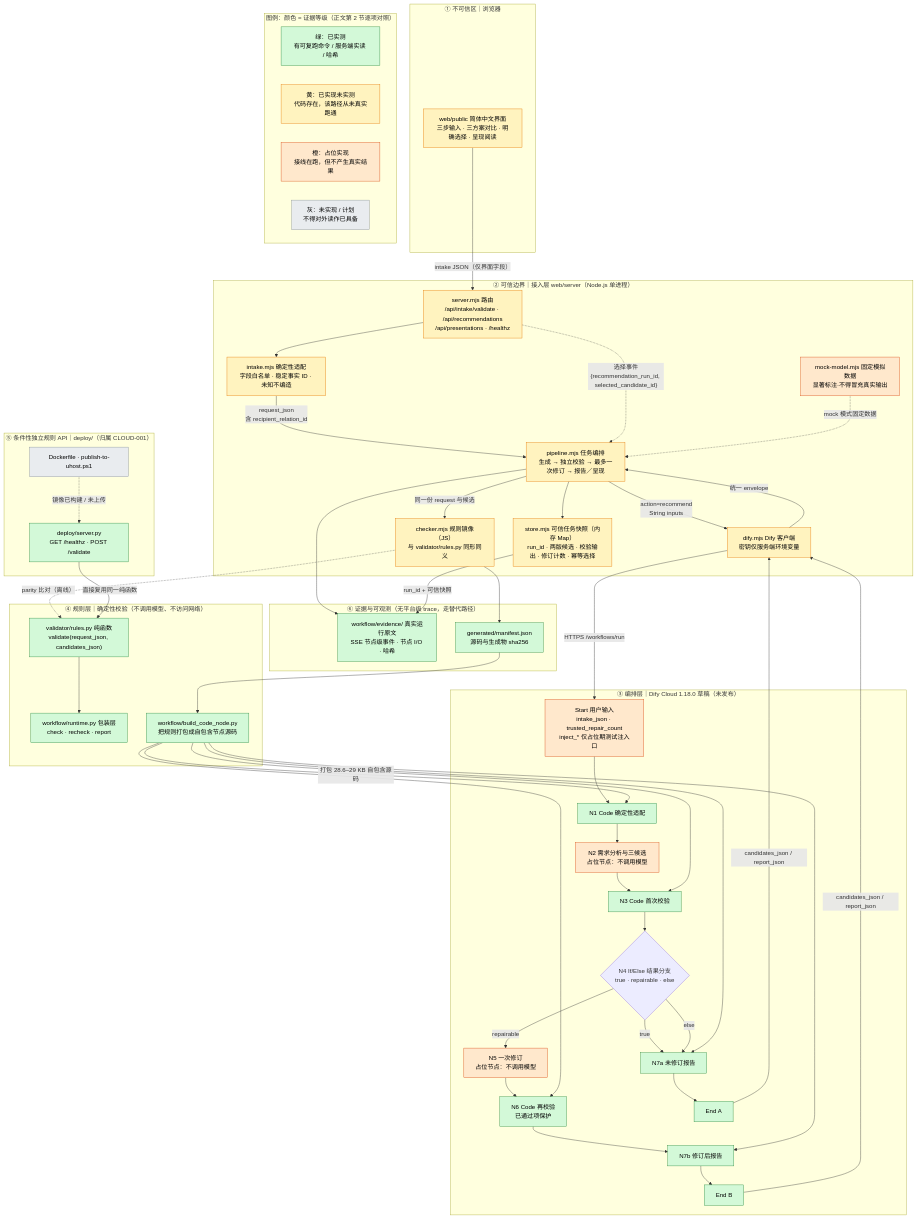
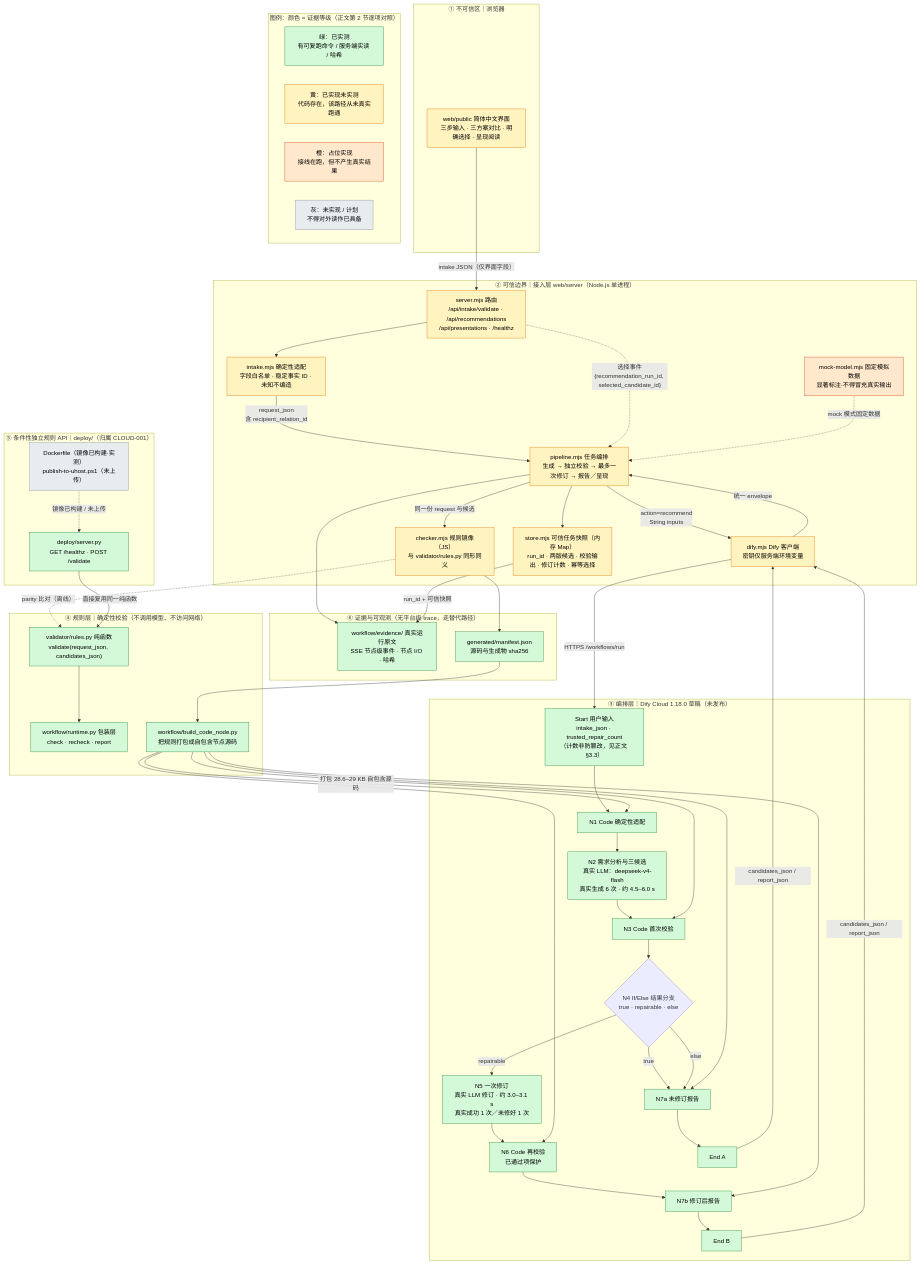
One commit to sunnyyang0822-stack/GiftWise-AI changed the diagram in docs/architecture/diagrams/system-architecture.mmd. Above: the diagram before and after it, drawn with Mermaid. The commit also changed 9 other files, not shown here.

```diff
--- a/docs/architecture/diagrams/system-architecture.mmd
+++ b/docs/architecture/diagrams/system-architecture.mmd
@@ -1,104 +1,106 @@
 %% GiftWise AI · 主系统架构图（ARCH-001，阶段 3）
 %% 图源文件：单一事实源。docs/architecture.md 内嵌同一份内容供 GitHub 直接渲染。
 %% 本地渲染：mmdc -i system-architecture.mmd -o ../rendered/system-architecture.svg
 %% 图例（颜色即证据等级，正文第 2 节有逐项对照）：
 %%   绿 = 已实测（有可复跑命令 / 服务端实读 / 哈希）
 %%   黄 = 已实现未实测（代码存在，该路径从未真实跑通）
 %%   橙 = 占位实现（接线在跑，但不产生真实结果）
 %%   灰 = 未实现 / 计划
+%%   2026-10-30 21:11–21:17：N2/N5 已替换为真实 DeepSeek 节点（6 次运行 / 10 次调用 / 34,127 tokens），由橙改绿；
+%%   MOCK 仍为橙（定义即"在跑但不产生真实结果"）；Dockerfile 已构建但 publish-to-uhost.ps1 未上传，按"取较弱"保持灰。
 %%   约定：节点同时含多个证据等级时，取【较弱】等级着色，并在标签/边标签内分别注明。
 flowchart TB
     subgraph Z1["① 不可信区｜浏览器"]
         UI["web/public 简体中文界面<br/>三步输入 · 三方案对比 · 明确选择 · 呈现阅读"]
     end
 
     subgraph Z2["② 可信边界｜接入层 web/server（Node.js 单进程）"]
         ROUTE["server.mjs 路由<br/>/api/intake/validate · /api/recommendations<br/>/api/presentations · /healthz"]
         ADAPTER["intake.mjs 确定性适配<br/>字段白名单 · 稳定事实 ID · 未知不编造"]
         PIPE["pipeline.mjs 任务编排<br/>生成 → 独立校验 → 最多一次修订 → 报告／呈现"]
         STORE["store.mjs 可信任务快照（内存 Map）<br/>run_id · 两版候选 · 校验输出 · 修订计数 · 幂等选择"]
         JCHK["checker.mjs 规则镜像（JS）<br/>与 validator/rules.py 同形同义"]
         DCLIENT["dify.mjs Dify 客户端<br/>密钥仅服务端环境变量"]
         MOCK["mock-model.mjs 固定模拟数据<br/>显著标注·不得冒充真实输出"]
     end
 
     subgraph Z3["③ 编排层｜Dify Cloud 1.18.0 草稿（未发布）"]
-        START["Start 用户输入<br/>intake_json · trusted_repair_count<br/>inject_* 仅占位期测试注入口"]
+        START["Start 用户输入<br/>intake_json · trusted_repair_count<br/>（计数非防篡改，见正文 §3.3）"]
         N1["N1 Code 确定性适配"]
-        N2["N2 需求分析与三候选<br/>占位节点：不调用模型"]
+        N2["N2 需求分析与三候选<br/>真实 LLM：deepseek-v4-flash<br/>真实生成 6 次 · 约 4.5–6.0 s"]
         N3["N3 Code 首次校验"]
         N4{"N4 If/Else 结果分支<br/>true · repairable · else"}
-        N5["N5 一次修订<br/>占位节点：不调用模型"]
+        N5["N5 一次修订<br/>真实 LLM 修订 · 约 3.0–3.1 s<br/>真实成功 1 次／未修好 1 次"]
         N6["N6 Code 再校验<br/>已通过项保护"]
         N7A["N7a 未修订报告"]
         N7B["N7b 修订后报告"]
         EA["End A"]
         EB["End B"]
     end
 
     subgraph Z4["④ 规则层｜确定性校验（不调用模型、不访问网络）"]
         RULES["validator/rules.py 纯函数<br/>validate(request_json, candidates_json)"]
         RUNTIME["workflow/runtime.py 包装层<br/>check · recheck · report"]
         BUILD["workflow/build_code_node.py<br/>把规则打包成自包含节点源码"]
     end
 
     subgraph Z5["⑤ 条件性独立规则 API｜deploy/（归属 CLOUD-001）"]
         SRV["deploy/server.py<br/>GET /healthz · POST /validate"]
-        DOCKER["Dockerfile · publish-to-uhost.ps1"]
+        DOCKER["Dockerfile（镜像已构建·实测）<br/>publish-to-uhost.ps1（未上传）"]
     end
 
     subgraph Z6["⑥ 证据与可观测（无平台级 trace，走替代路径）"]
         EVID["workflow/evidence/ 真实运行原文<br/>SSE 节点级事件 · 节点 I/O · 哈希"]
         HASH["generated/manifest.json<br/>源码与生成物 sha256"]
     end
 
     subgraph Z7["图例：颜色 = 证据等级（正文第 2 节逐项对照）"]
         L_MEASURED["绿：已实测<br/>有可复跑命令 / 服务端实读 / 哈希"]
         L_UNVERIFIED["黄：已实现未实测<br/>代码存在，该路径从未真实跑通"]
         L_PLACEHOLDER["橙：占位实现<br/>接线在跑，但不产生真实结果"]
         L_PLANNED["灰：未实现 / 计划<br/>不得对外读作已具备"]
     end
 
     UI -->|"intake JSON（仅界面字段）"| ROUTE
     ROUTE --> ADAPTER
     ADAPTER -->|"request_json<br/>含 recipient_relation_id"| PIPE
     PIPE --> STORE
     PIPE -->|"action=recommend<br/>String inputs"| DCLIENT
     DCLIENT -->|"HTTPS /workflows/run"| START
     START --> N1 --> N2 --> N3 --> N4
     N4 -->|"true"| N7A --> EA
     N4 -->|"repairable"| N5 --> N6 --> N7B --> EB
     N4 -->|"else"| N7A
     EA -->|"candidates_json / report_json"| DCLIENT
     EB -->|"candidates_json / report_json"| DCLIENT
     DCLIENT -->|"统一 envelope"| PIPE
     PIPE -->|"同一份 request 与候选"| JCHK
     JCHK -.->|"parity 比对（离线）"| RULES
     RULES --> RUNTIME
     BUILD -->|"打包 28.6–29 KB 自包含源码"| N1
     BUILD --> N3
     BUILD --> N6
     BUILD --> N7A
     BUILD --> N7B
     HASH --> BUILD
     JCHK --> HASH
     PIPE --> EVID
     STORE -->|"run_id + 可信快照"| EVID
     ROUTE -.->|"选择事件<br/>{recommendation_run_id, selected_candidate_id}"| PIPE
     MOCK -.->|"mock 模式固定数据"| PIPE
     SRV -->|"直接复用同一纯函数"| RULES
     DOCKER -.->|"镜像已构建 / 未上传"| SRV
 
     classDef measured fill:#d3f9d8,stroke:#2b8a3e,color:#000
     classDef unverified fill:#fff3bf,stroke:#e67700,color:#000
     classDef placeholder fill:#ffe8cc,stroke:#d9480f,color:#000
     classDef planned fill:#e9ecef,stroke:#868e96,color:#000
 
-    class RULES,RUNTIME,BUILD,N1,N3,N6,N7A,N7B,EA,EB,HASH,EVID,SRV measured
+    class RULES,RUNTIME,BUILD,N1,N2,N3,N5,N6,N7A,N7B,EA,EB,HASH,EVID,SRV,START measured
     class ROUTE,ADAPTER,PIPE,STORE,JCHK,DCLIENT,UI unverified
-    class START,N2,N5,MOCK placeholder
+    class MOCK placeholder
     class DOCKER planned
     class L_MEASURED measured
     class L_UNVERIFIED unverified
     class L_PLACEHOLDER placeholder
     class L_PLANNED planned
```
